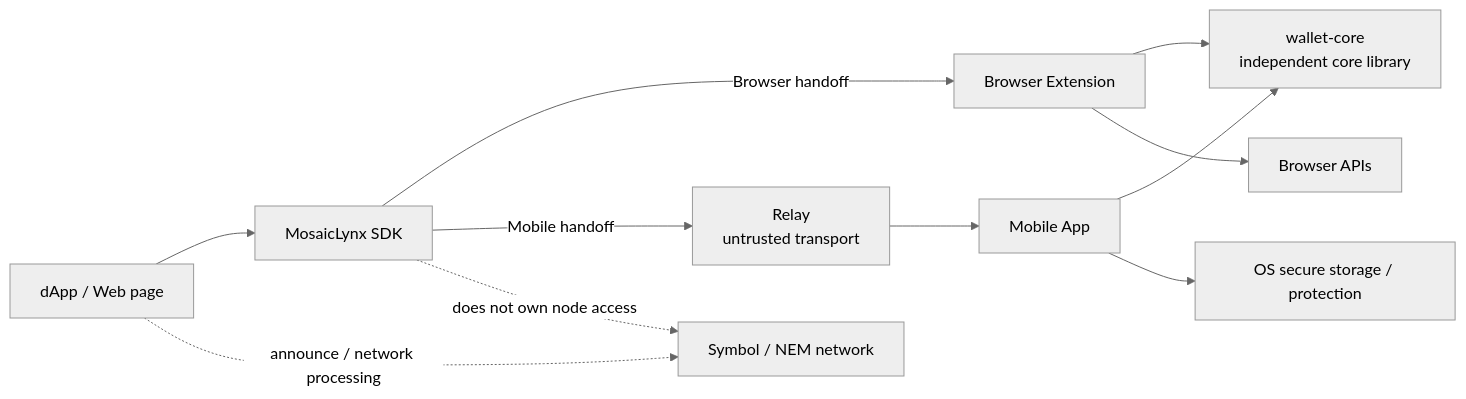
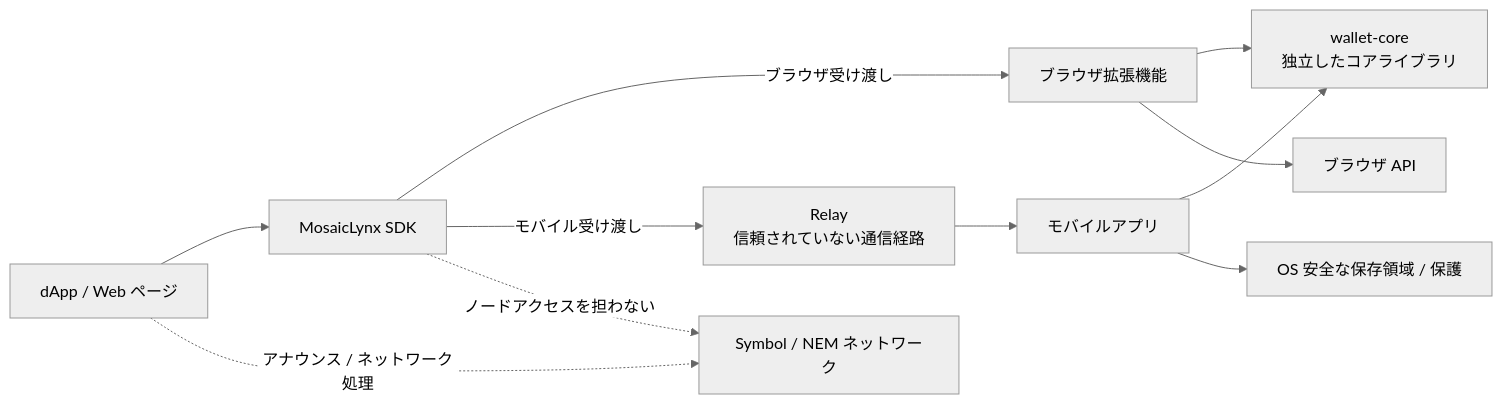
Before and after one commit to MosaicLynx/MosaicLynx: the diagram in docs/design/architecture.md, drawn with Mermaid (neutral theme). The commit also changed other lines of this file and 135 other files, not shown here.

````diff
--- a/docs/design/architecture.md
+++ b/docs/design/architecture.md
@@ -45,23 +45,23 @@
 ```mermaid
 flowchart LR
-    D[dApp / Web page]
+    D[dApp / Web ページ]
     S[MosaicLynx SDK]
-    E[Browser Extension]
-    M[Mobile App]
-    R[Relay<br/>untrusted transport]
-    W[wallet-core<br/>independent core library]
-    N[Symbol / NEM network]
-    B[Browser APIs]
-    O[OS secure storage / protection]
+    E[ブラウザ拡張機能]
+    M[モバイルアプリ]
+    R[Relay<br/>信頼されていない通信経路]
+    W[wallet-core<br/>独立したコアライブラリ]
+    N[Symbol / NEM ネットワーク]
+    B[ブラウザ API]
+    O[OS 安全な保存領域 / 保護]
 
     D --> S
-    S -->|Browser handoff| E
-    S -->|Mobile handoff| R
+    S -->|ブラウザ受け渡し| E
+    S -->|モバイル受け渡し| R
     R --> M
     E --> W
     M --> W
     E --> B
     M --> O
-    D -.->|announce / network processing| N
-    S -.->|does not own node access| N
+    D -.->|アナウンス / ネットワーク処理| N
+    S -.->|ノードアクセスを担わない| N
 ```
````
